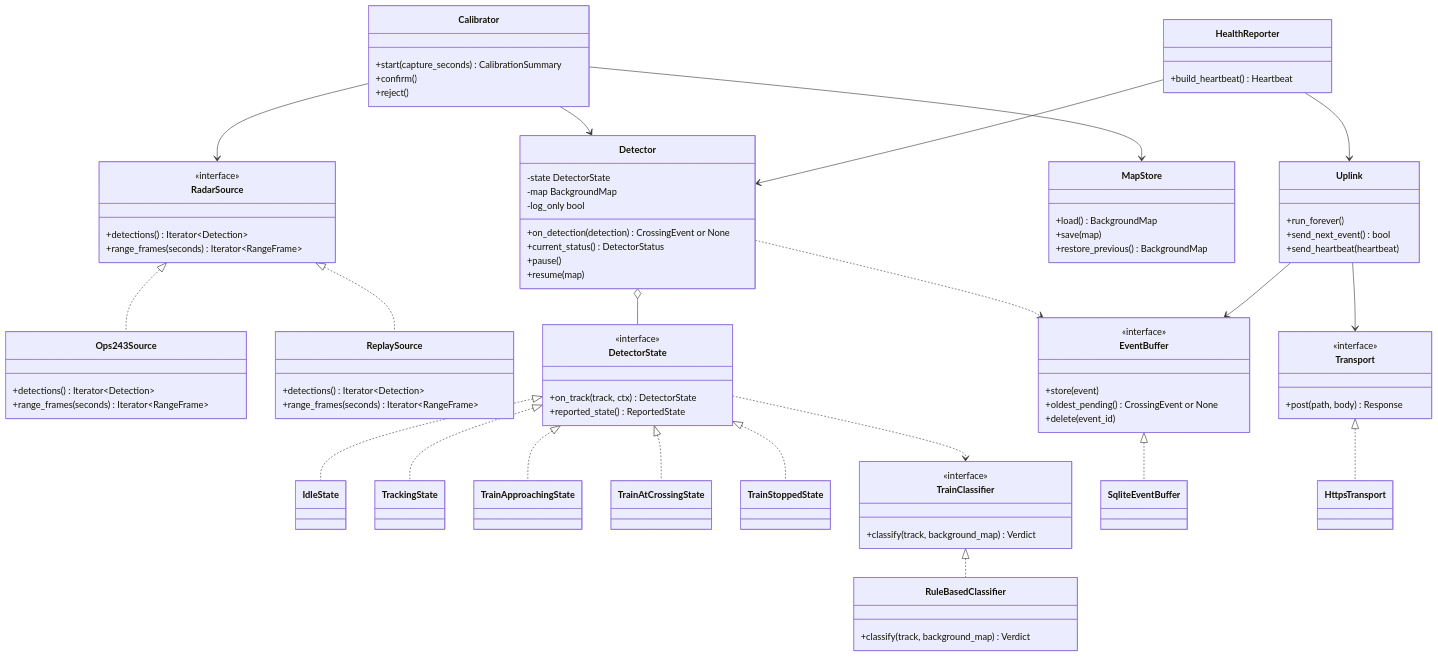
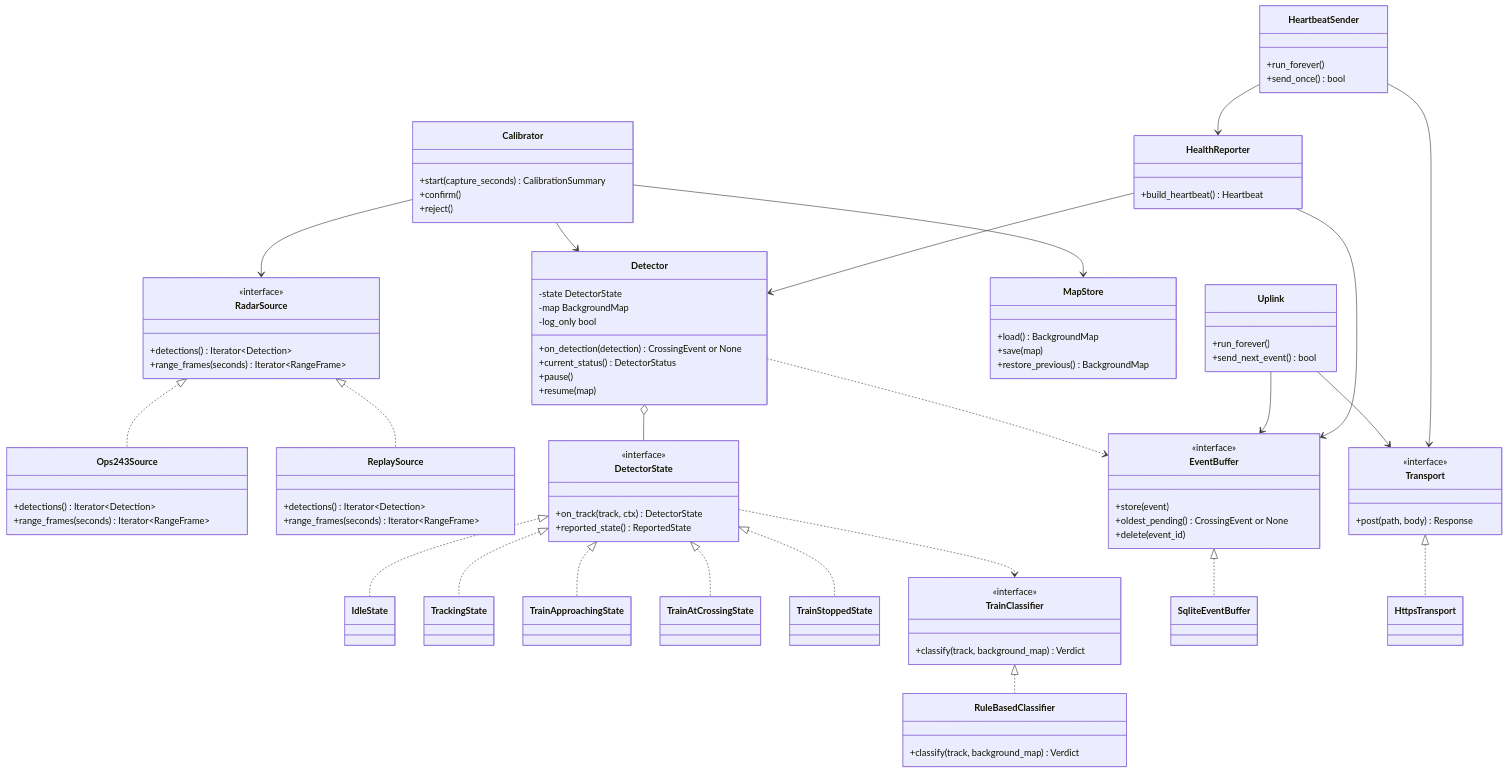
One commit to Fcorre000/mavradar changed the first of 4 diagrams in docs/artifacts/blueprint/08_design_class_diagrams.md. Above: the diagram before and after it, drawn with Mermaid. The commit also changed other lines of this file and 6 other files, not shown here.

````diff
--- a/docs/artifacts/blueprint/08_design_class_diagrams.md
+++ b/docs/artifacts/blueprint/08_design_class_diagrams.md
@@ -108,7 +108,6 @@
     class Uplink {
         +run_forever()
         +send_next_event() bool
-        +send_heartbeat(heartbeat)
     }
     Uplink --> EventBuffer
     Uplink --> Transport
@@ -117,5 +116,12 @@
         +build_heartbeat() Heartbeat
     }
     HealthReporter --> Detector
-    HealthReporter --> Uplink
+    HealthReporter --> EventBuffer
+
+    class HeartbeatSender {
+        +run_forever()
+        +send_once() bool
+    }
+    HeartbeatSender --> HealthReporter
+    HeartbeatSender --> Transport
 ```
````
